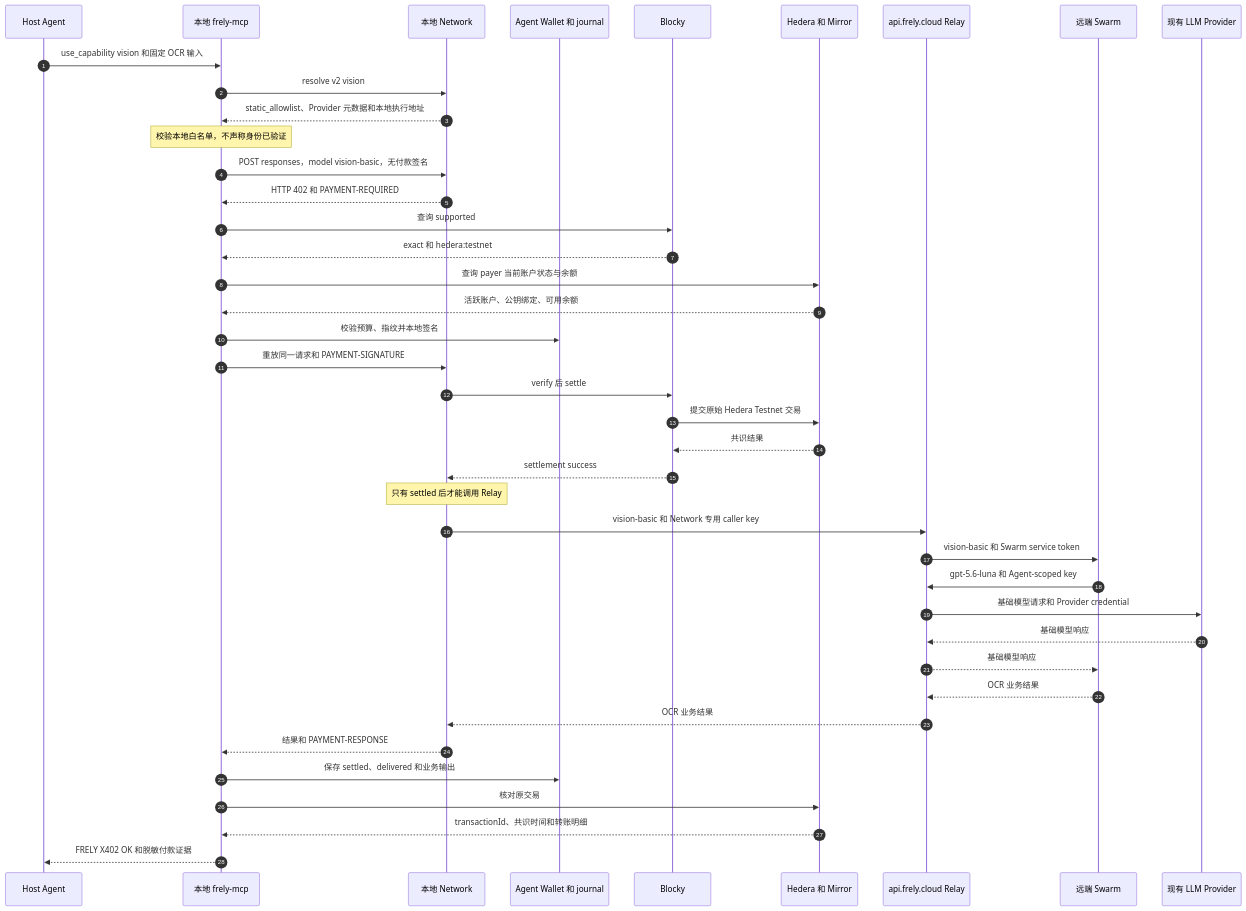
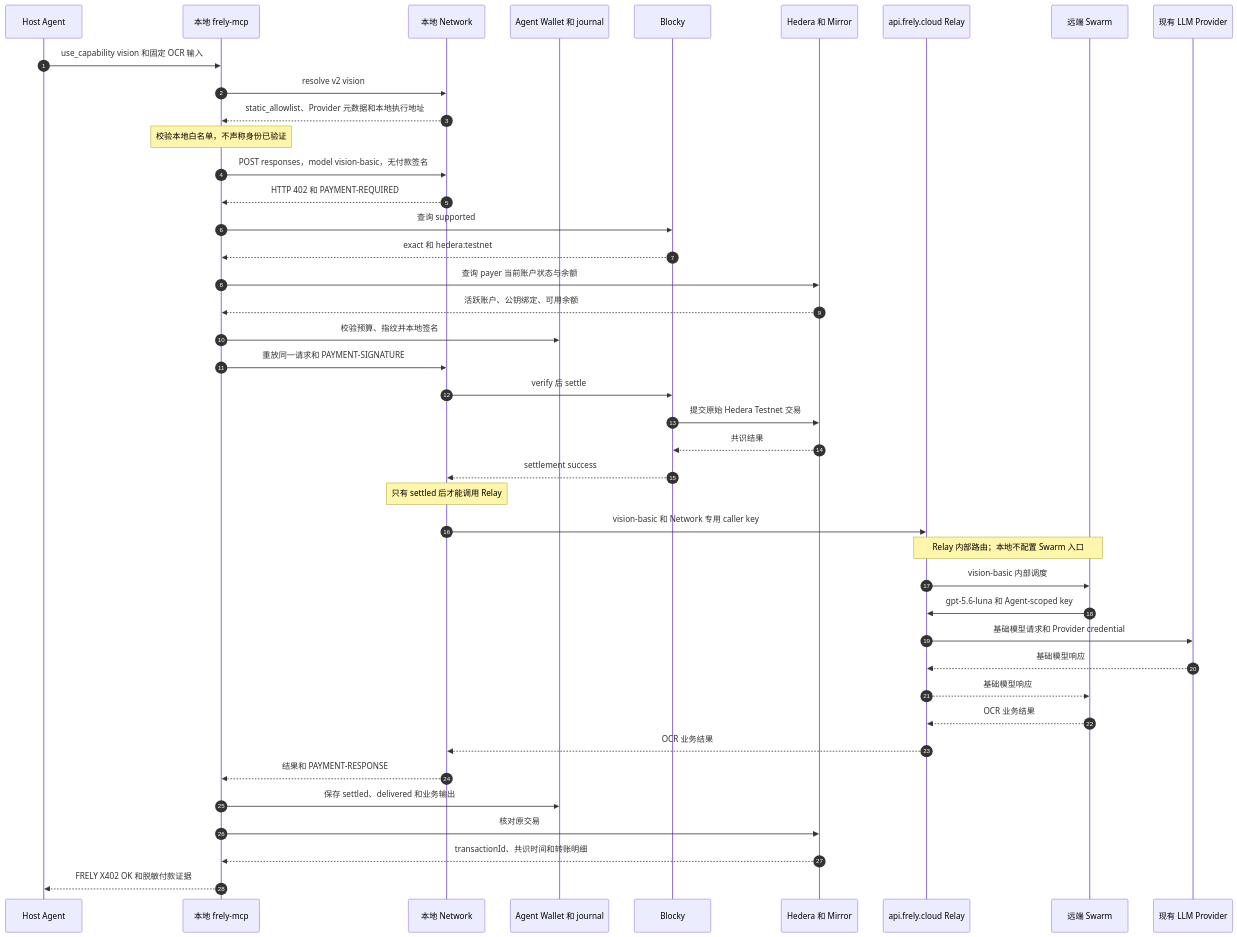
Before and after one commit to FrelyHQ/frely-network: the diagram in docs/superpowers/specs/2026-09-12-local-network-static-provider-x402-e2e-design.md, drawn with Mermaid. The commit also changed other lines of this file, not shown here.

Commit message:
docs(spec): treat Relay as the only remote entry

````diff
--- a/docs/superpowers/specs/2026-09-12-local-network-static-provider-x402-e2e-design.md
+++ b/docs/superpowers/specs/2026-09-12-local-network-static-provider-x402-e2e-design.md
@@ -284,44 +285,45 @@
 ```mermaid
 sequenceDiagram
     autonumber
     participant H as Host Agent
     participant M as 本地 frely-mcp
     participant N as 本地 Network
     participant W as Agent Wallet 和 journal
     participant B as Blocky
     participant L as Hedera 和 Mirror
     participant R as api.frely.cloud Relay
     participant S as 远端 Swarm
     participant P as 现有 LLM Provider
 
     H->>M: use_capability vision 和固定 OCR 输入
     M->>N: resolve v2 vision
     N-->>M: static_allowlist、Provider 元数据和本地执行地址
     Note over M: 校验本地白名单，不声称身份已验证
     M->>N: POST responses，model vision-basic，无付款签名
     N-->>M: HTTP 402 和 PAYMENT-REQUIRED
     M->>B: 查询 supported
     B-->>M: exact 和 hedera:testnet
     M->>L: 查询 payer 当前账户状态与余额
     L-->>M: 活跃账户、公钥绑定、可用余额
     M->>W: 校验预算、指纹并本地签名
     M->>N: 重放同一请求和 PAYMENT-SIGNATURE
     N->>B: verify 后 settle
     B->>L: 提交原始 Hedera Testnet 交易
     L-->>B: 共识结果
     B-->>N: settlement success
     Note over N: 只有 settled 后才能调用 Relay
     N->>R: vision-basic 和 Network 专用 caller key
-    R->>S: vision-basic 和 Swarm service token
+    Note over R,S: Relay 内部路由；本地不配置 Swarm 入口
+    R->>S: vision-basic 内部调度
     S->>R: gpt-5.6-luna 和 Agent-scoped key
     R->>P: 基础模型请求和 Provider credential
     P-->>R: 基础模型响应
     R-->>S: 基础模型响应
     S-->>R: OCR 业务结果
     R-->>N: OCR 业务结果
     N-->>M: 结果和 PAYMENT-RESPONSE
     M->>W: 保存 settled、delivered 和业务输出
     M->>L: 核对原交易
     L-->>M: transactionId、共识时间和转账明细
     M-->>H: FRELY X402 OK 和脱敏付款证据
 ```
````
